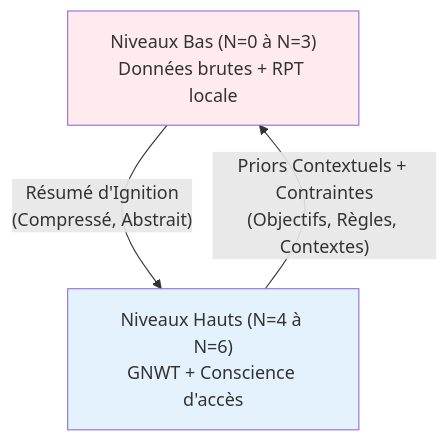
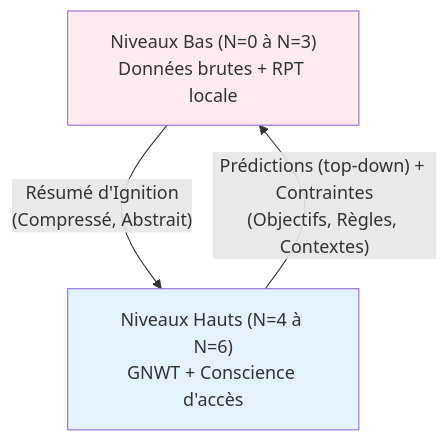
Before and after one commit to AlainCo/GNWT-Garrigue-X: the first of 10 diagrams in architecture/architecture.md, drawn with Mermaid. The commit also changed other lines of this file and 1 other file, not shown here.

````diff
--- a/architecture/architecture.md
+++ b/architecture/architecture.md
@@ -3,12 +5,12 @@
 ```mermaid
 flowchart TD
     direction TB
 
     Bas["Niveaux Bas (N=0 à N=3)\nDonnées brutes + RPT locale"] 
     -->|"Résumé d'Ignition\n(Compressé, Abstrait)"| Haut["Niveaux Hauts (N=4 à N=6)\nGNWT + Conscience d'accès"]
 
-    Haut -->|"Priors Contextuels + Contraintes\n(Objectifs, Règles, Contextes)"| Bas
+    Haut -->|"Prédictions (top-down) + Contraintes\n(Objectifs, Règles, Contextes)"| Bas
 
     style Bas fill:#ffebee
     style Haut fill:#e3f2fd
 ```
````
